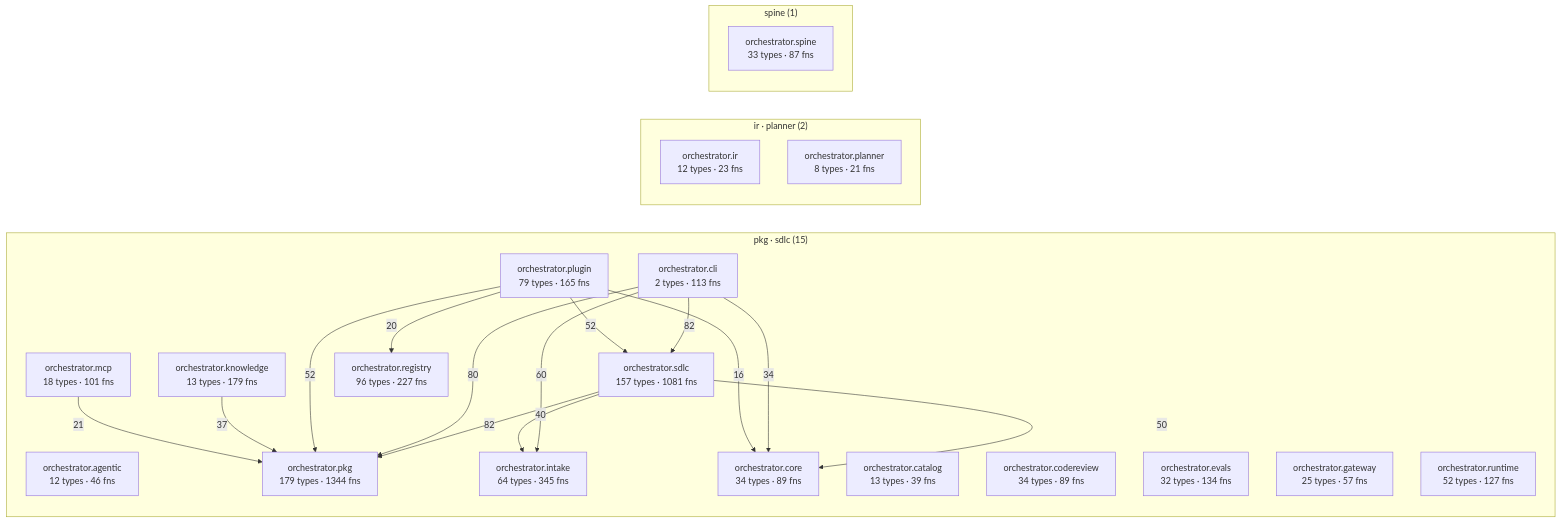
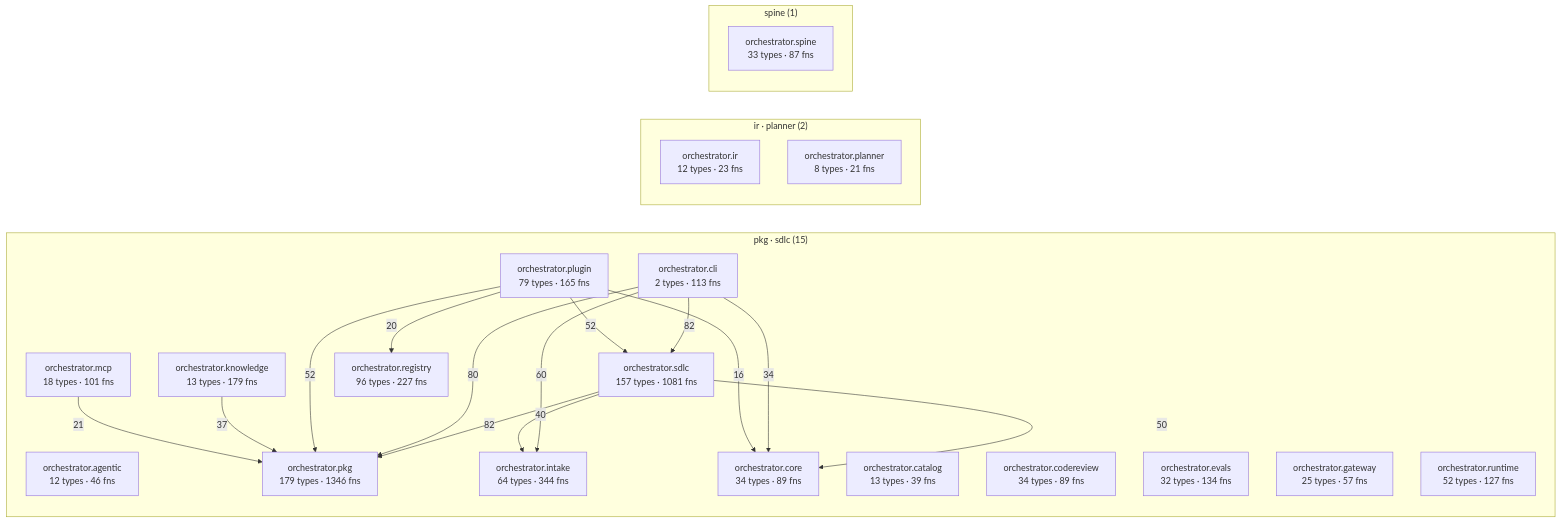
The diagram in episteme/architecture.md (synaptixs/spine), drawn with Mermaid before and after one commit. The commit also changed other lines of this file and 7 other files, not shown here.

````diff
--- a/episteme/architecture.md
+++ b/episteme/architecture.md
@@ -56,40 +56,40 @@
 ```mermaid
 flowchart LR
   subgraph c_2["pkg · sdlc (15)"]
     aorchestratoragentic["orchestrator.agentic<br/>12 types · 46 fns"]
     aorchestratorcatalog["orchestrator.catalog<br/>13 types · 39 fns"]
     aorchestratorcli["orchestrator.cli<br/>2 types · 113 fns"]
     aorchestratorcodereview["orchestrator.codereview<br/>34 types · 89 fns"]
     aorchestratorcore["orchestrator.core<br/>34 types · 89 fns"]
     aorchestratorevals["orchestrator.evals<br/>32 types · 134 fns"]
     aorchestratorgateway["orchestrator.gateway<br/>25 types · 57 fns"]
-    aorchestratorintake["orchestrator.intake<br/>64 types · 345 fns"]
+    aorchestratorintake["orchestrator.intake<br/>64 types · 344 fns"]
     aorchestratorknowledge["orchestrator.knowledge<br/>13 types · 179 fns"]
     aorchestratormcp["orchestrator.mcp<br/>18 types · 101 fns"]
-    aorchestratorpkg["orchestrator.pkg<br/>179 types · 1344 fns"]
+    aorchestratorpkg["orchestrator.pkg<br/>179 types · 1346 fns"]
     aorchestratorplugin["orchestrator.plugin<br/>79 types · 165 fns"]
     aorchestratorregistry["orchestrator.registry<br/>96 types · 227 fns"]
     aorchestratorruntime["orchestrator.runtime<br/>52 types · 127 fns"]
     aorchestratorsdlc["orchestrator.sdlc<br/>157 types · 1081 fns"]
   end
   subgraph c_5["ir · planner (2)"]
     aorchestratorir["orchestrator.ir<br/>12 types · 23 fns"]
     aorchestratorplanner["orchestrator.planner<br/>8 types · 21 fns"]
   end
   subgraph c_10["spine (1)"]
     aorchestratorspine["orchestrator.spine<br/>33 types · 87 fns"]
   end
   aorchestratorcli -->|82| aorchestratorsdlc
   aorchestratorsdlc -->|82| aorchestratorpkg
   aorchestratorcli -->|80| aorchestratorpkg
   aorchestratorcli -->|60| aorchestratorintake
   aorchestratorplugin -->|52| aorchestratorpkg
   aorchestratorplugin -->|52| aorchestratorsdlc
   aorchestratorsdlc -->|50| aorchestratorcore
   aorchestratorsdlc -->|40| aorchestratorintake
   aorchestratorknowledge -->|37| aorchestratorpkg
   aorchestratorcli -->|34| aorchestratorcore
   aorchestratormcp -->|21| aorchestratorpkg
   aorchestratorplugin -->|20| aorchestratorregistry
   aorchestratorplugin -->|16| aorchestratorcore
 ```
````
